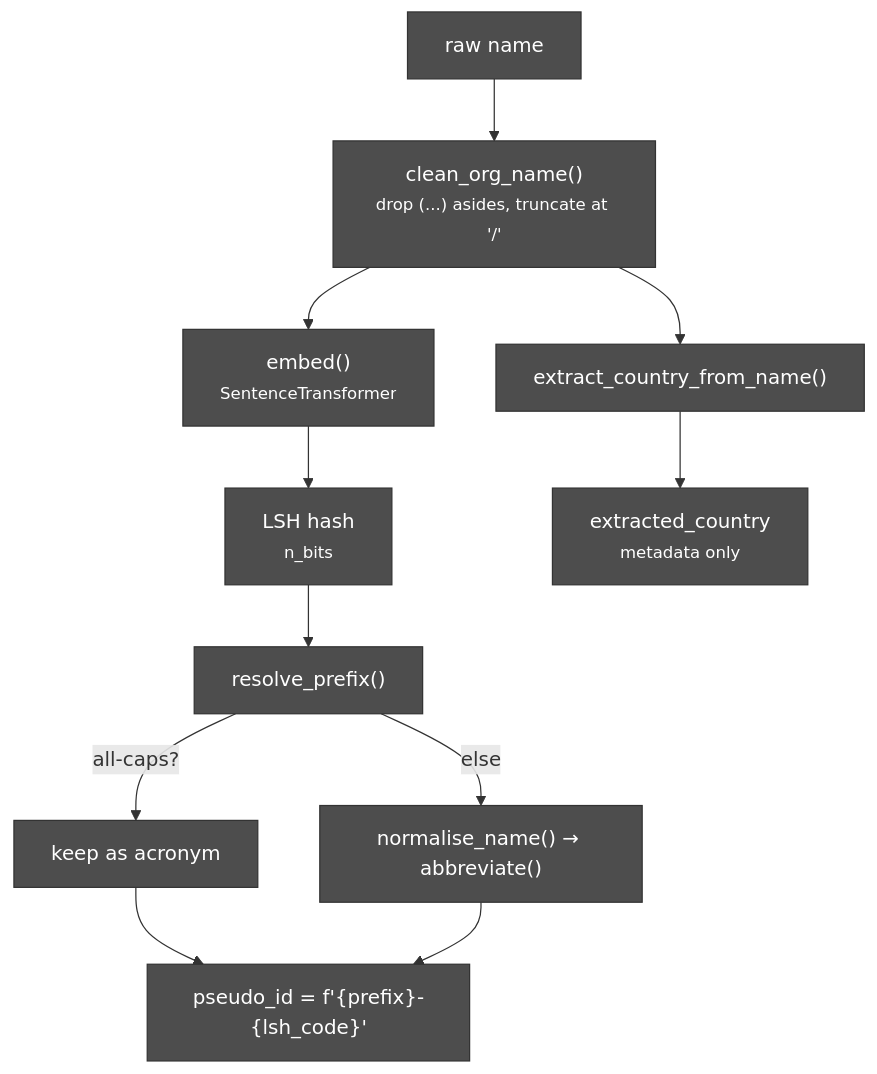
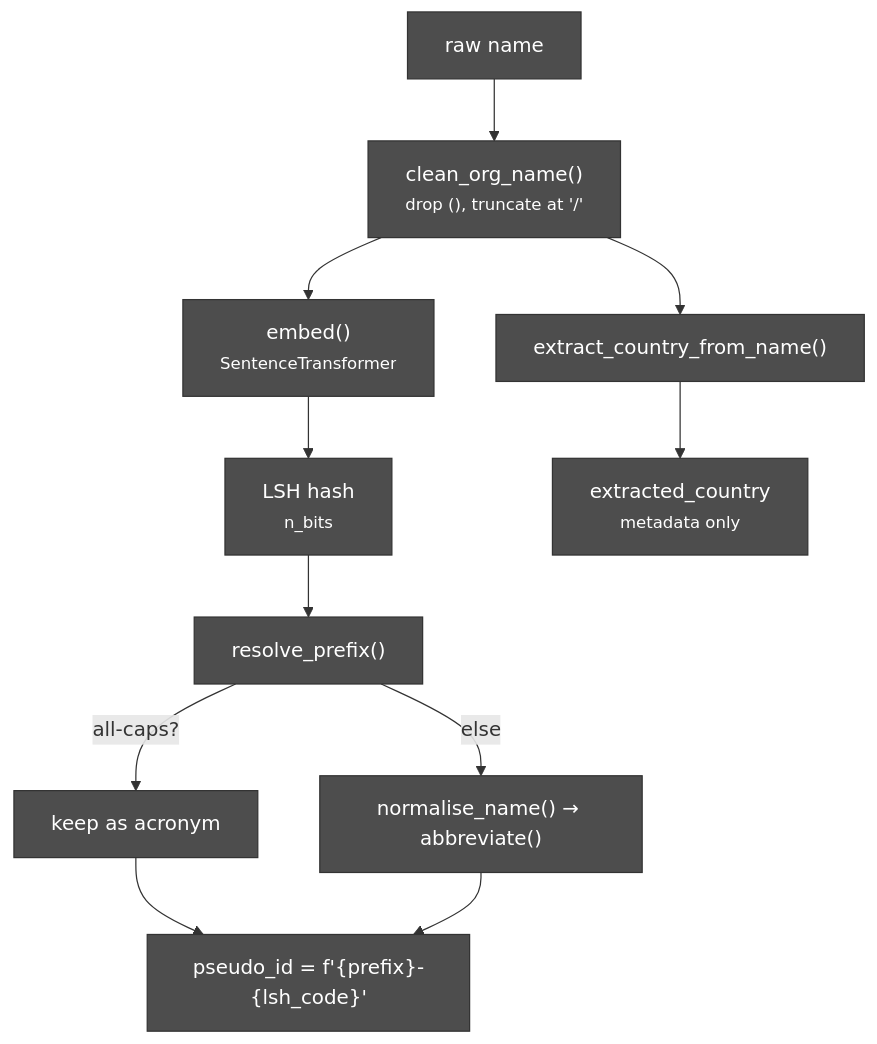
The diagram in README.md (babettology/Organisation-IDs), drawn with Mermaid before and after one commit.

Commit message:
Fix mermaid diagram formatting in README.md

````diff
--- a/README.md
+++ b/README.md
@@ -50,24 +50,24 @@
 ```mermaid
 flowchart TD
-    A["raw name"] --> B["clean_org_name()<br/><small>drop (...) asides, truncate at '/'</small>"]
+    A["raw name"] --> B["clean_org_name()<br/><small>drop (), truncate at '/'</small>"]
     B --> C["embed()<br/><small>SentenceTransformer</small>"]
     B --> D["extract_country_from_name()"]
     C --> E["LSH hash<br/><small>n_bits</small>"]
     D --> F["extracted_country<br/><small>metadata only</small>"]
     E --> G["resolve_prefix()"]
     G -->|"all-caps?"| G1["keep as acronym"]
     G -->|"else"| G2["normalise_name() → abbreviate()"]
     G1 --> H["pseudo_id = f'{prefix}-{lsh_code}'"]
     G2 --> H
 
     style A fill:#4d4d4d,stroke:#333,color:#ffffff
     style B fill:#4d4d4d,stroke:#333,color:#ffffff
     style C fill:#4d4d4d,stroke:#333,color:#ffffff
     style D fill:#4d4d4d,stroke:#333,color:#ffffff
     style E fill:#4d4d4d,stroke:#333,color:#ffffff
     style F fill:#4d4d4d,stroke:#333,color:#ffffff
     style G fill:#4d4d4d,stroke:#333,color:#ffffff
     style G1 fill:#4d4d4d,stroke:#333,color:#ffffff
     style G2 fill:#4d4d4d,stroke:#333,color:#ffffff
     style H fill:#4d4d4d,stroke:#333,color:#ffffff
 ```
````
